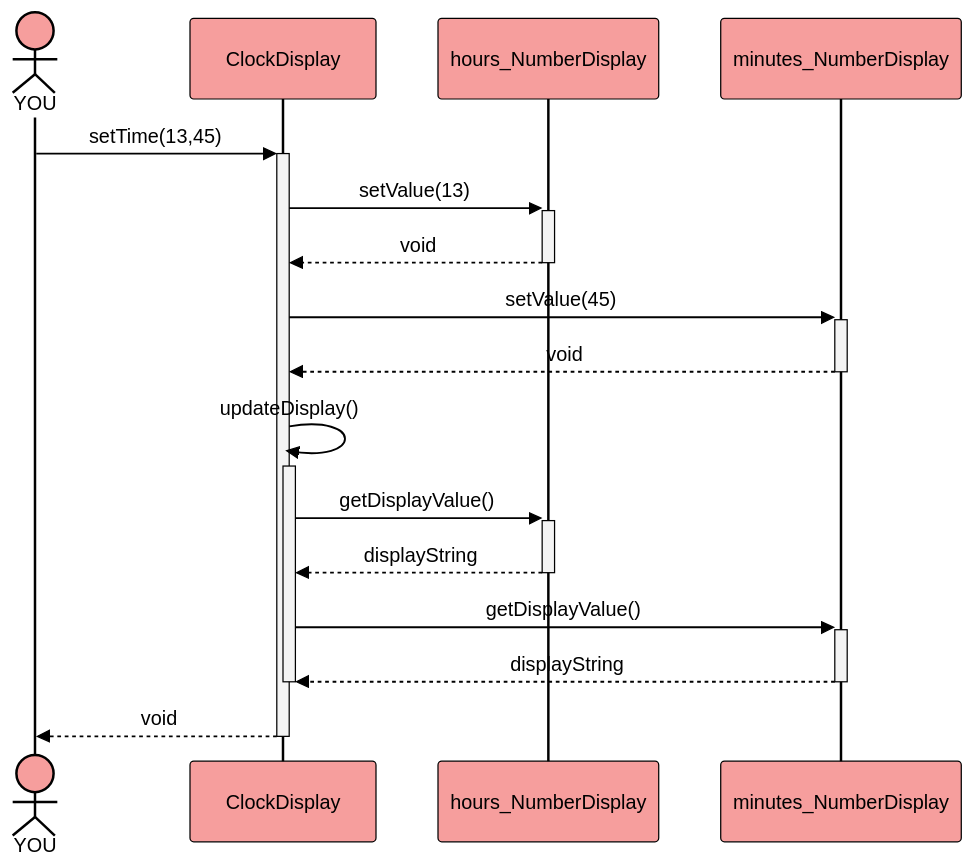
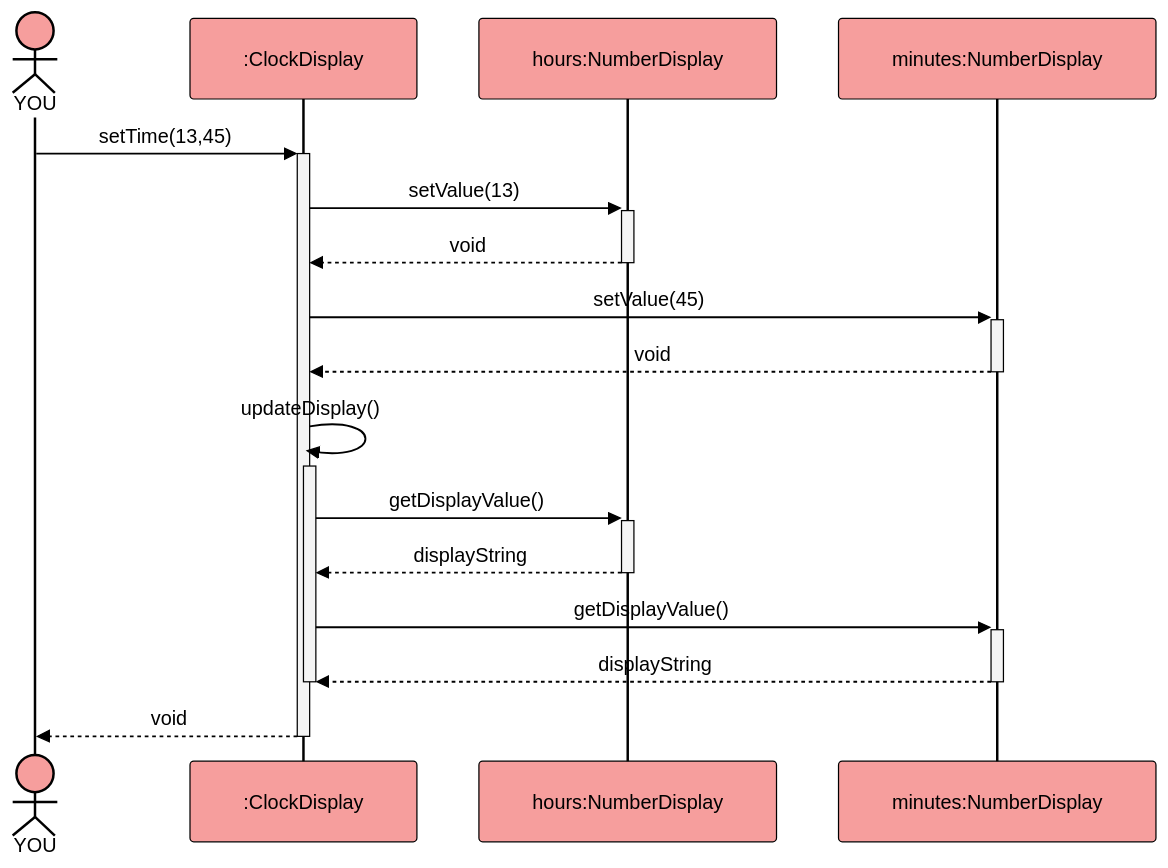
One commit to bkleinen/bkleinen.github.io changed the third of 5 diagrams in hugo/content/material/info1/clock_display_refactoring/original_clock_display.md. Above: the diagram before and after it, drawn with Mermaid. The commit also changed other lines of this file, not shown here.

Commit message:
add colons to sequence diagrams

````diff
--- a/hugo/content/material/info1/clock_display_refactoring/original_clock_display.md
+++ b/hugo/content/material/info1/clock_display_refactoring/original_clock_display.md
@@ -91,34 +91,34 @@
 ```mermaid
 %%{
   init: {
     'theme': 'base',
     'themeVariables': {
       'primaryColor': '#f69e9d', 
       'primaryTextColor': '#000',
       'primaryBorderColor': '#000',
       'lineColor': '#F8B229',
       'secondaryColor': '#f4f4f4',
       'activationBorderColor': '#000',
       'tertiaryColor': '#fff'
     }
   }
 }%%
 sequenceDiagram
     actor YOU
-    YOU->>+ClockDisplay: setTime(13,45)
-    ClockDisplay->>+hours_NumberDisplay:setValue(13)
-    hours_NumberDisplay-->>-ClockDisplay:void
-    ClockDisplay->>+minutes_NumberDisplay:setValue(45)
-    minutes_NumberDisplay-->>-ClockDisplay:void
+    YOU->>+#colon;ClockDisplay: setTime(13,45)
+    #colon;ClockDisplay->>+hours#colon;NumberDisplay:setValue(13)
+    hours#colon;NumberDisplay-->>-#colon;ClockDisplay:void
+    #colon;ClockDisplay->>+minutes#colon;NumberDisplay:setValue(45)
+    minutes#colon;NumberDisplay-->>-#colon;ClockDisplay:void
     
-    ClockDisplay->>+ClockDisplay:updateDisplay()
-    ClockDisplay->>+hours_NumberDisplay:getDisplayValue()
-    hours_NumberDisplay-->>-ClockDisplay:displayString
-    ClockDisplay->>+minutes_NumberDisplay:getDisplayValue()
-    minutes_NumberDisplay-->>-ClockDisplay:displayString
+    #colon;ClockDisplay->>+#colon;ClockDisplay:updateDisplay()
+    #colon;ClockDisplay->>+hours#colon;NumberDisplay:getDisplayValue()
+    hours#colon;NumberDisplay-->>-#colon;ClockDisplay:displayString
+    #colon;ClockDisplay->>+minutes#colon;NumberDisplay:getDisplayValue()
+    minutes#colon;NumberDisplay-->>-#colon;ClockDisplay:displayString
     
-    deactivate ClockDisplay
+    deactivate #colon;ClockDisplay
 
-    ClockDisplay-->>-YOU:void
+    #colon;ClockDisplay-->>-YOU:void
 
 ```
````
